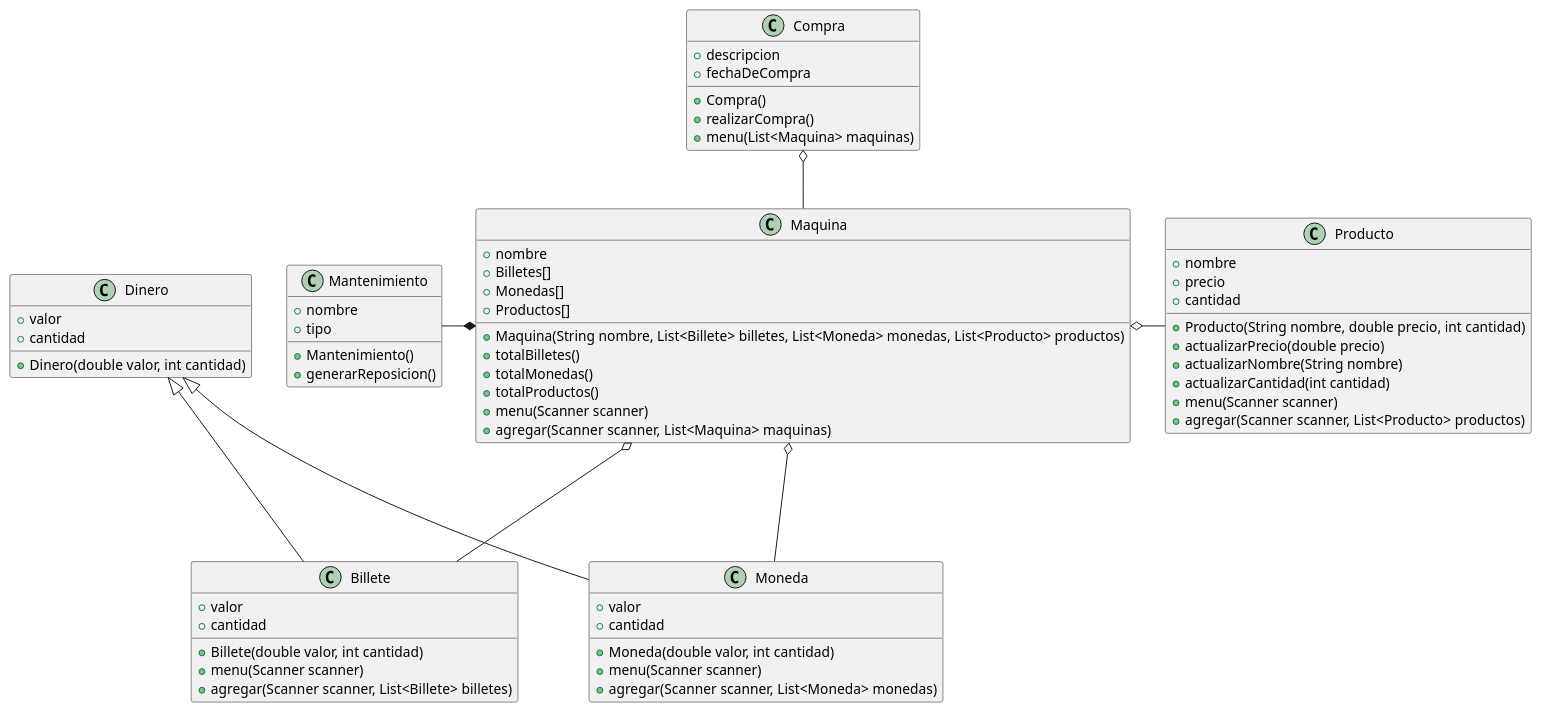
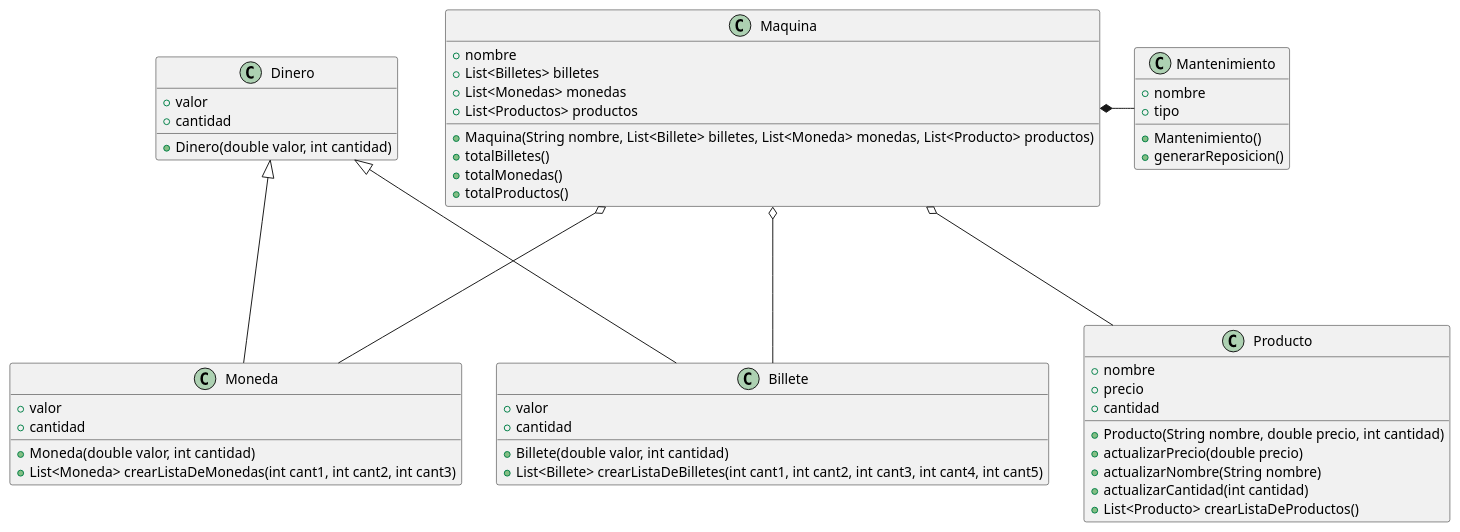
Before and after one commit to mmasias/IdSw2-22-23: the diagram in Grupo2/diagrama-de-clases/clases.plantuml, drawn with PlantUML. The commit also changed 10 other files, not shown here.

Commit message:
creacion de las 3 maquinas con sus billetes, monedas y productos

```diff
--- a/Grupo2/diagrama-de-clases/clases.plantuml
+++ b/Grupo2/diagrama-de-clases/clases.plantuml
@@ -1,81 +1,66 @@
 @startuml modelo-de-dominio
-class Compra {
-    + descripcion
-    + fechaDeCompra
-
-    + Compra()
-    + realizarCompra()
-    + menu(List<Maquina> maquinas)
-}
 
 class Maquina {
     + nombre
-    + Billetes[]
-    + Monedas[]
-    + Productos[]
+    + List<Billetes> billetes
+    + List<Monedas> monedas
+    + List<Productos> productos
 
     + Maquina(String nombre, List<Billete> billetes, List<Moneda> monedas, List<Producto> productos)
     + totalBilletes()
     + totalMonedas()
     + totalProductos()
-    + menu(Scanner scanner)
-    + agregar(Scanner scanner, List<Maquina> maquinas)
-
 }
 
 class Billete {
     + valor
     + cantidad
 
     + Billete(double valor, int cantidad)
-    + menu(Scanner scanner)
-    + agregar(Scanner scanner, List<Billete> billetes)
+    + List<Billete> crearListaDeBilletes(int cant1, int cant2, int cant3, int cant4, int cant5)
 }
 
 class Moneda {
     + valor
     + cantidad
 
     + Moneda(double valor, int cantidad)
-    + menu(Scanner scanner)
-    + agregar(Scanner scanner, List<Moneda> monedas)
+    + List<Moneda> crearListaDeMonedas(int cant1, int cant2, int cant3)
 }
 
 class Producto {
     + nombre
     + precio
     + cantidad
 
     + Producto(String nombre, double precio, int cantidad)
     + actualizarPrecio(double precio)
     + actualizarNombre(String nombre)
     + actualizarCantidad(int cantidad)
-    + menu(Scanner scanner)
-    + agregar(Scanner scanner, List<Producto> productos)
+    + List<Producto> crearListaDeProductos()
 }
 
 class Dinero {
     + valor
     + cantidad
 
     + Dinero(double valor, int cantidad)
 }
 
 class Mantenimiento {
     + nombre
     + tipo
 
     + Mantenimiento()
     + generarReposicion()
 }
 
-Maquina -u-o Compra
-Maquina *--l Mantenimiento
-Maquina o---r Producto
+Maquina *--r Mantenimiento
+Maquina o--- Producto
 Maquina o--- Billete
 Maquina o--- Moneda
 
 Dinero <|--- Billete
 Dinero <|--- Moneda
 
 @enduml
```
